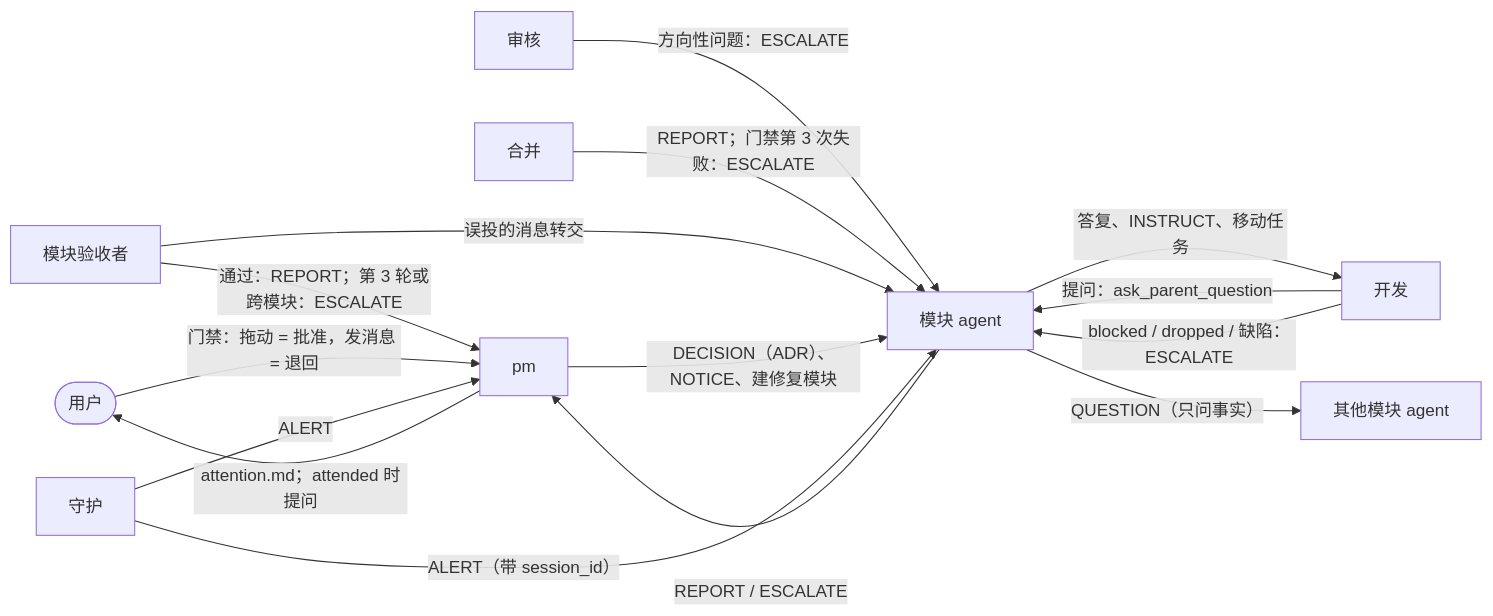
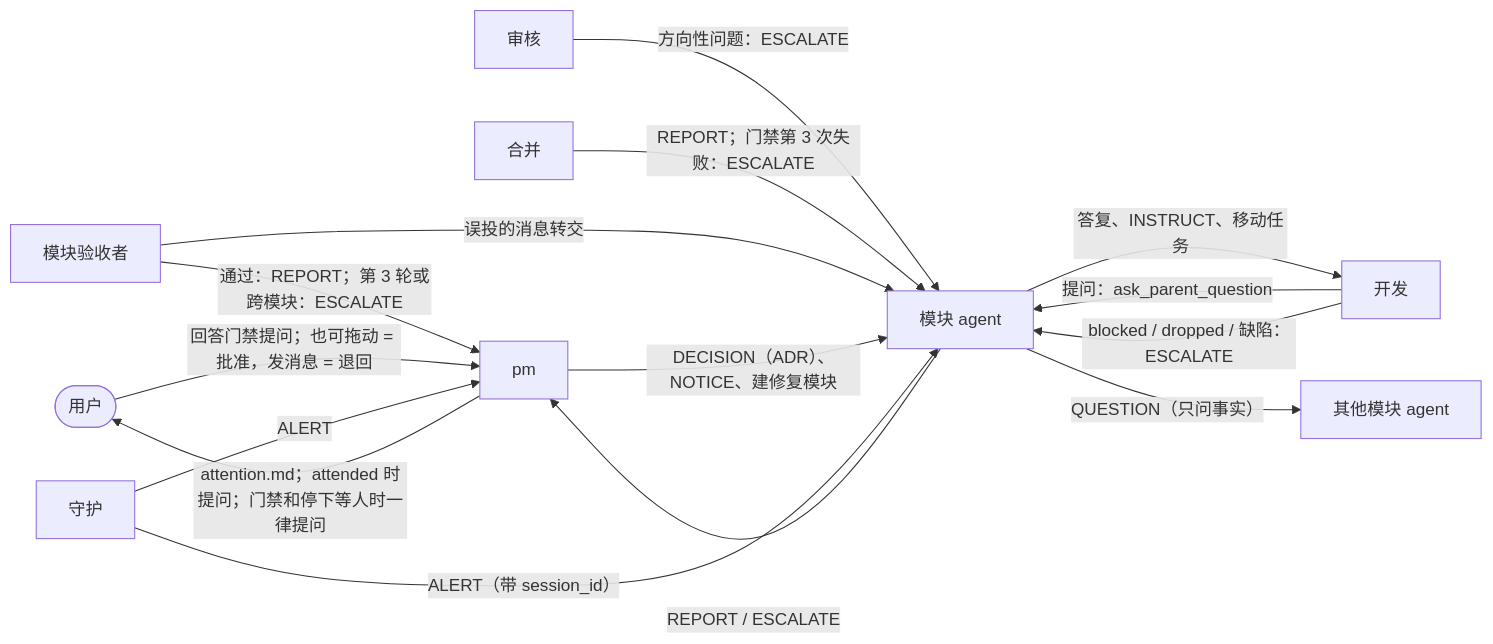
The fifth of 5 diagrams in docs/workflow-diagrams.md (Koha9/kandev-multiagent-architecture), drawn with Mermaid before and after one commit. The commit also changed other lines of this file and 11 other files, not shown here.

````diff
--- a/docs/workflow-diagrams.md
+++ b/docs/workflow-diagrams.md
@@ -165,27 +165,27 @@
 ```mermaid
 flowchart LR
   USER(["用户"])
   PM["pm"]
   MOD["模块 agent"]
   OTHER["其他模块 agent"]
   MAUD["模块验收者"]
   DEV["开发"]
   REV["审核"]
   MRG["合并"]
   GUARD["守护"]
 
   DEV -->|"提问：ask_parent_question"| MOD
   DEV -->|"blocked / dropped / 缺陷：ESCALATE"| MOD
   REV -->|"方向性问题：ESCALATE"| MOD
   MRG -->|"REPORT；门禁第 3 次失败：ESCALATE"| MOD
   MOD -->|"答复、INSTRUCT、移动任务"| DEV
   MOD -->|"QUESTION（只问事实）"| OTHER
   MOD -->|"REPORT / ESCALATE"| PM
   MAUD -->|"通过：REPORT；第 3 轮或跨模块：ESCALATE"| PM
   MAUD -->|"误投的消息转交"| MOD
   PM -->|"DECISION（ADR）、NOTICE、建修复模块"| MOD
-  PM -->|"attention.md；attended 时提问"| USER
-  USER -->|"门禁：拖动 = 批准，发消息 = 退回"| PM
+  PM -->|"attention.md；attended 时提问；门禁和停下等人时一律提问"| USER
+  USER -->|"回答门禁提问；也可拖动 = 批准，发消息 = 退回"| PM
   GUARD -->|"ALERT"| PM
   GUARD -->|"ALERT（带 session_id）"| MOD
 ```
````
